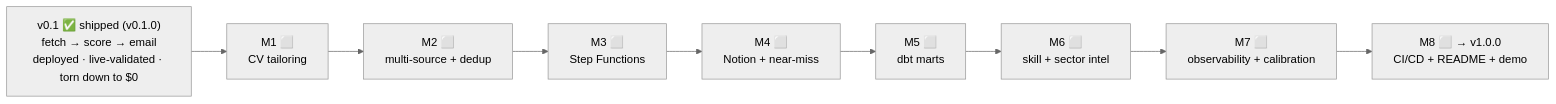
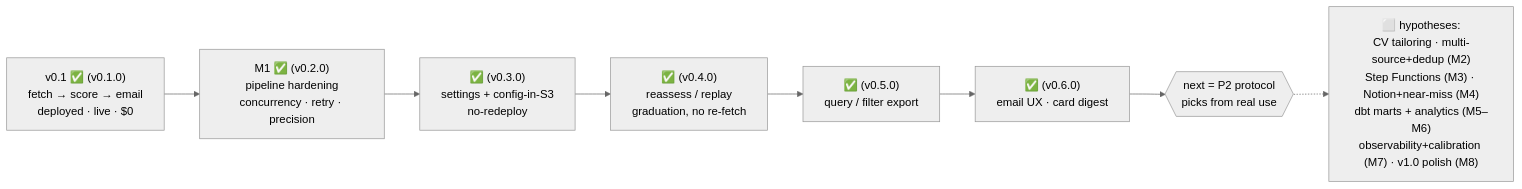
The third of 5 diagrams in docs/diagrams.md (tarigelamin1997/jobfetcher), drawn with Mermaid (neutral theme) before and after one commit. The commit also changed other lines of this file and 8 other files, not shown here.

````diff
--- a/docs/diagrams.md
+++ b/docs/diagrams.md
@@ -131,11 +131,10 @@
 ```mermaid
 flowchart LR
-  v0["v0.1 ✅ shipped (v0.1.0)<br/>fetch → score → email<br/>deployed · live-validated · torn down to $0"] --> M1["M1 ⬜<br/>CV tailoring"]
-  M1 --> M2["M2 ⬜<br/>multi-source + dedup"]
-  M2 --> M3["M3 ⬜<br/>Step Functions"]
-  M3 --> M4["M4 ⬜<br/>Notion + near-miss"]
-  M4 --> M5["M5 ⬜<br/>dbt marts"]
-  M5 --> M6["M6 ⬜<br/>skill + sector intel"]
-  M6 --> M7["M7 ⬜<br/>observability + calibration"]
-  M7 --> M8["M8 ⬜ → v1.0.0<br/>CI/CD + README + demo"]
+  v0["v0.1 ✅ (v0.1.0)<br/>fetch → score → email<br/>deployed · live · $0"] --> H["M1 ✅ (v0.2.0)<br/>pipeline hardening<br/>concurrency · retry · precision"]
+  H --> S3C["✅ (v0.3.0)<br/>settings + config-in-S3<br/>no-redeploy"]
+  S3C --> RA["✅ (v0.4.0)<br/>reassess / replay<br/>graduation, no re-fetch"]
+  RA --> QF["✅ (v0.5.0)<br/>query / filter export"]
+  QF --> EU["✅ (v0.6.0)<br/>email UX · card digest"]
+  EU --> NX{{"next = P2 protocol<br/>picks from real use"}}
+  NX -.-> HYP["⬜ hypotheses:<br/>CV tailoring · multi-source+dedup (M2)<br/>Step Functions (M3) · Notion+near-miss (M4)<br/>dbt marts + analytics (M5–M6)<br/>observability+calibration (M7) · v1.0 polish (M8)"]
 ```
````
